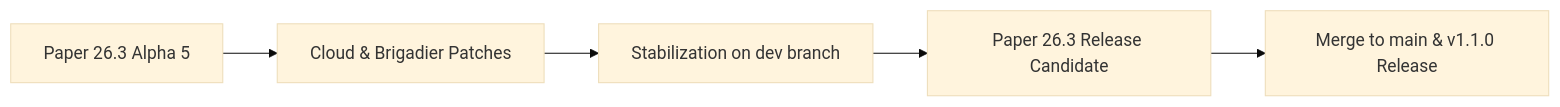
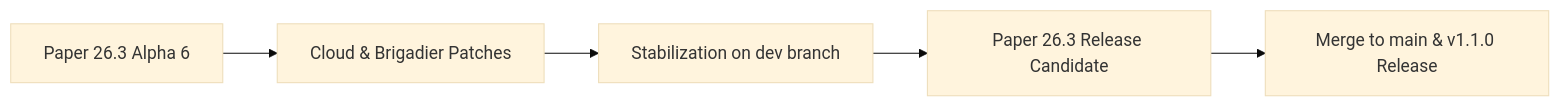
One commit to WilliamBossard/GensCore changed the diagram in docs/guide/roadmap-26-3.md. Above: the diagram before and after it, drawn with Mermaid (base theme). The commit also changed other lines of this file and 9 other files, not shown here.

Commit message:
feat(paper): upgrade to 26.3.build.6-alpha, update JDA 6.6.0 & SLF4J 2.0.19, and hide minigames menu when disabled

````diff
--- a/docs/guide/roadmap-26-3.md
+++ b/docs/guide/roadmap-26-3.md
@@ -67,7 +67,7 @@
 ```mermaid
 flowchart LR
-    A[Paper 26.3 Alpha 5] --> B[Cloud & Brigadier Patches]
+    A[Paper 26.3 Alpha 6] --> B[Cloud & Brigadier Patches]
     B --> C[Stabilization on dev branch]
     C --> D[Paper 26.3 Release Candidate]
     D --> E[Merge to main & v1.1.0 Release]
 ```
````
